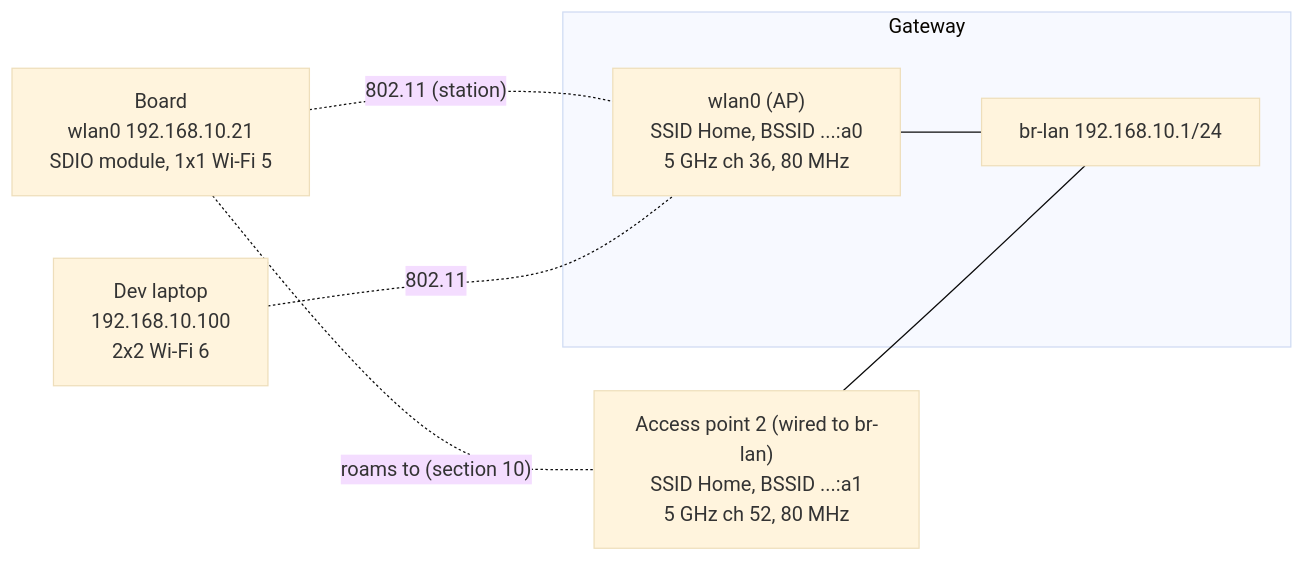
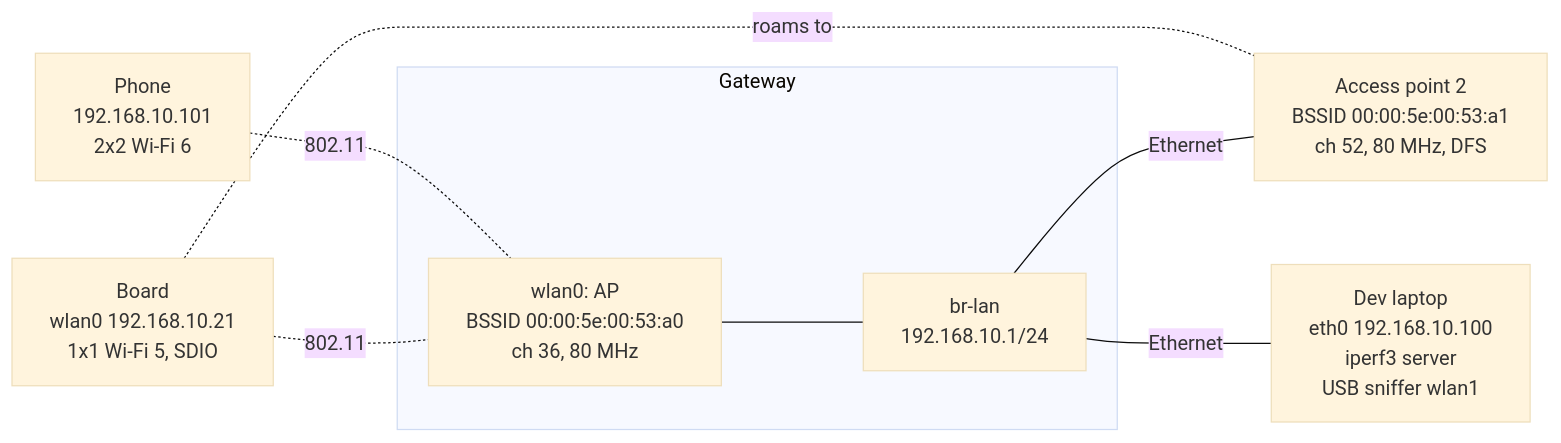
One commit to yassineflag/engineering-notes-public changed the first of 4 diagrams in wireless-protocols-and-connectivity/wifi/wifi.md. Above: the diagram before and after it, drawn with Mermaid (base theme). The commit also changed other lines of this file, not shown here.

````diff
--- a/wireless-protocols-and-connectivity/wifi/wifi.md
+++ b/wireless-protocols-and-connectivity/wifi/wifi.md
@@ -96,15 +104,17 @@
 ```mermaid
 flowchart LR
     subgraph GW["Gateway"]
-        ap1["wlan0 (AP)<br/>SSID Home, BSSID ...:a0<br/>5 GHz ch 36, 80 MHz"]
-        br["br-lan 192.168.10.1/24"]
+        ap1["wlan0: AP<br/>BSSID 00:00:5e:00:53:a0<br/>ch 36, 80 MHz"]
+        br["br-lan<br/>192.168.10.1/24"]
         ap1 --- br
     end
-    ap2["Access point 2 (wired to br-lan)<br/>SSID Home, BSSID ...:a1<br/>5 GHz ch 52, 80 MHz"]
-    board["Board<br/>wlan0 192.168.10.21<br/>SDIO module, 1x1 Wi-Fi 5"]
-    laptop["Dev laptop<br/>192.168.10.100<br/>2x2 Wi-Fi 6"]
-    board -. "802.11 (station)" .- ap1
-    laptop -. "802.11" .- ap1
-    board -. "roams to (section 10)" .- ap2
-    ap2 --- br
+    ap2["Access point 2<br/>BSSID 00:00:5e:00:53:a1<br/>ch 52, 80 MHz, DFS"]
+    laptop["Dev laptop<br/>eth0 192.168.10.100<br/>iperf3 server<br/>USB sniffer wlan1"]
+    board["Board<br/>wlan0 192.168.10.21<br/>1x1 Wi-Fi 5, SDIO"]
+    phone["Phone<br/>192.168.10.101<br/>2x2 Wi-Fi 6"]
+    br ---|Ethernet| ap2
+    br ---|Ethernet| laptop
+    board -.-|802.11| ap1
+    phone -.-|802.11| ap1
+    board -.-|roams to| ap2
 ```
````
